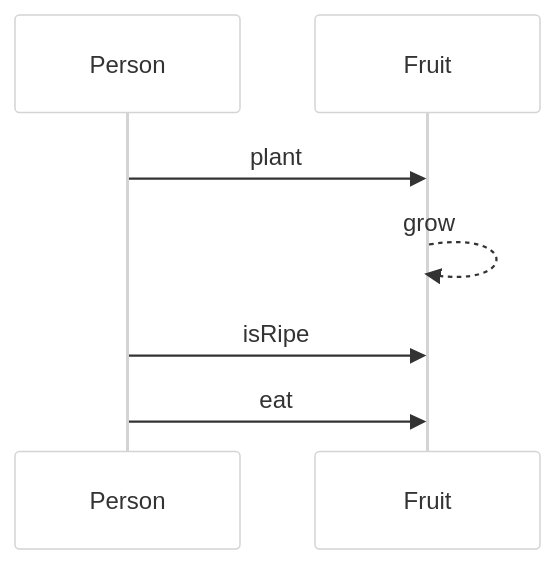
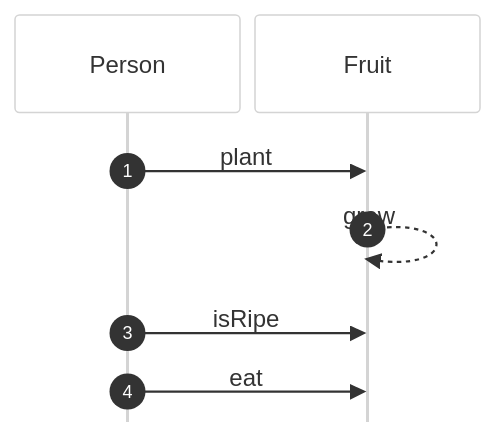
Before and after one commit to byucsstudent/cs240v2: the first of 3 diagrams in instruction/object-oriented-design/object-oriented-design.md, drawn with Mermaid. The commit also changed other lines of this file, not shown here.

Commit message:
Lee Jensen - update(Object Oriented Design)

````diff
--- a/instruction/object-oriented-design/object-oriented-design.md
+++ b/instruction/object-oriented-design/object-oriented-design.md
@@ -23,12 +23,18 @@
 ```mermaid
-%%{init: { 'theme': 'neutral', 'themeVariables': { 'mainBkg': '#ffffff', 'lineColor': '#000000', 'primaryTextColor': '#000000' } }}%%
+%%{init: { 'theme': 'neutral', 'look': 'handDrawn',
+  'sequence': { 
+    'mirrorActors': false,
+    'showSequenceNumbers': true,
+    'actorMargin': 10,
+    'boxMargin': 5
+  }, 'themeVariables': { 'mainBkg': '#ffffff', 'lineColor': '#000000', 'primaryTextColor': '#000000' } }}%%
 
 sequenceDiagram
     participant Person
     participant Fruit
 
     Person->>Fruit: plant
     Fruit-->>Fruit: grow
     Person->>Fruit: isRipe
     Person->>Fruit: eat
 ```
````
